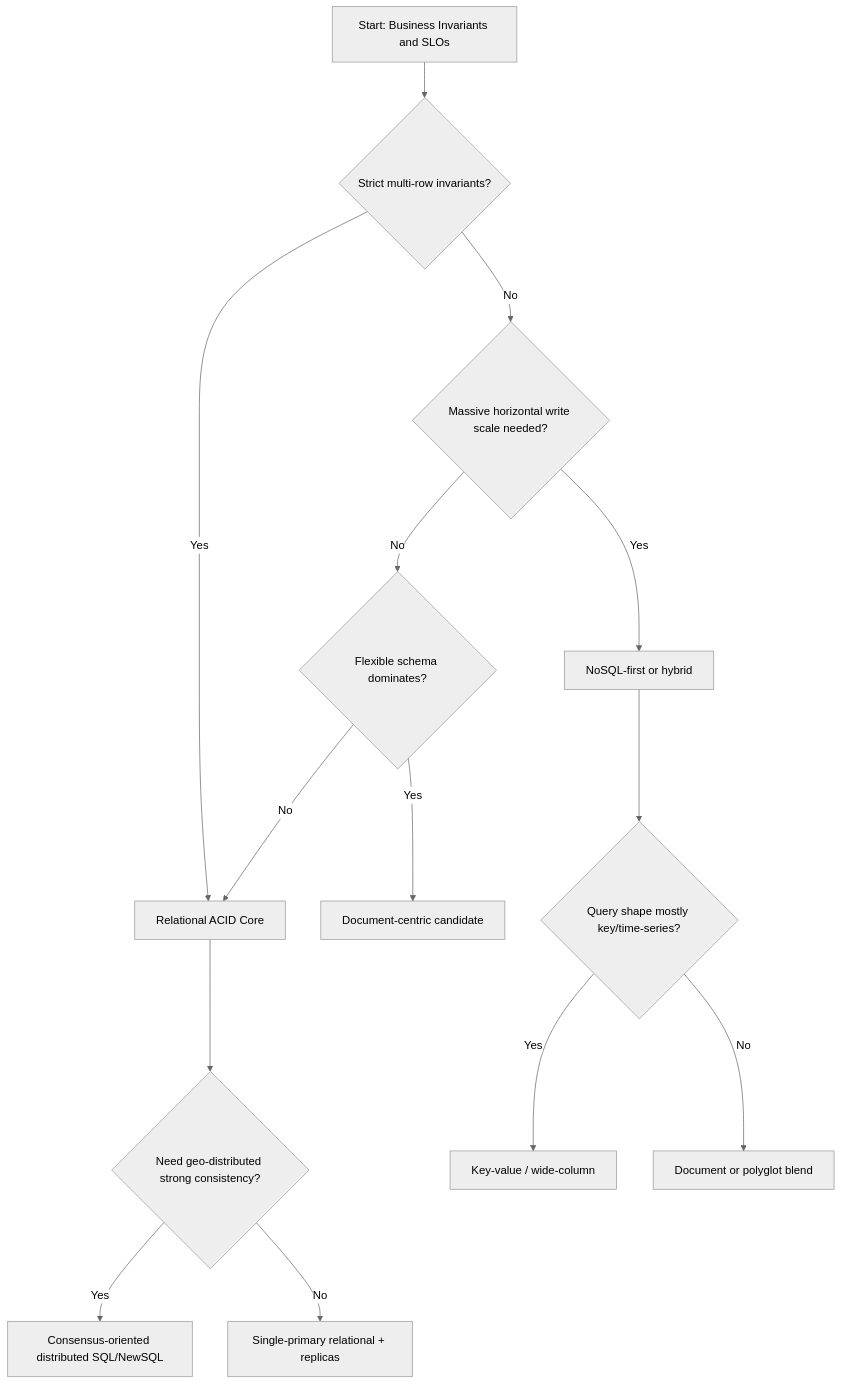
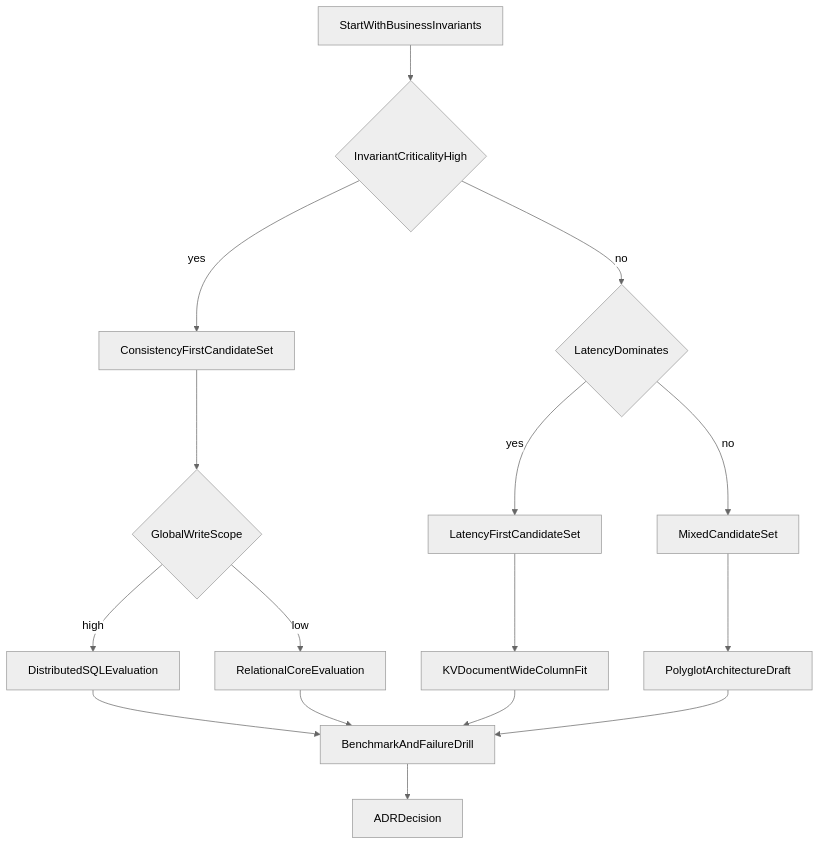
Before and after one commit to GabrielAlmeidaFlores/Senior-Software-Architect: the first of 2 diagrams in database/database-masterclass/04-architectural-decision-framework/01-database-selection-playbook.md, drawn with Mermaid (neutral theme). The commit also changed other lines of this file and 19 other files, not shown here.

````diff
--- a/database/database-masterclass/04-architectural-decision-framework/01-database-selection-playbook.md
+++ b/database/database-masterclass/04-architectural-decision-framework/01-database-selection-playbook.md
@@ -26,16 +29,18 @@
 ```mermaid
 flowchart TD
-    A[Start: Business Invariants and SLOs] --> B{Strict multi-row invariants?}
-    B -- Yes --> C[Relational ACID Core]
-    B -- No --> D{Massive horizontal write scale needed?}
-    D -- Yes --> E[NoSQL-first or hybrid]
-    D -- No --> F{Flexible schema dominates?}
-    F -- Yes --> G[Document-centric candidate]
-    F -- No --> C
-    C --> H{Need geo-distributed strong consistency?}
-    H -- Yes --> I[Consensus-oriented distributed SQL/NewSQL]
-    H -- No --> J[Single-primary relational + replicas]
-    E --> K{Query shape mostly key/time-series?}
-    K -- Yes --> L[Key-value / wide-column]
-    K -- No --> M[Document or polyglot blend]
+    start[StartWithBusinessInvariants] --> gate1{InvariantCriticalityHigh}
+    gate1 -- yes --> consistencyFirst[ConsistencyFirstCandidateSet]
+    gate1 -- no --> gate2{LatencyDominates}
+    gate2 -- yes --> latencyFirst[LatencyFirstCandidateSet]
+    gate2 -- no --> mixedSet[MixedCandidateSet]
+    consistencyFirst --> gate3{GlobalWriteScope}
+    gate3 -- high --> distSql[DistributedSQLEvaluation]
+    gate3 -- low --> relationalCore[RelationalCoreEvaluation]
+    latencyFirst --> modelFit[KVDocumentWideColumnFit]
+    mixedSet --> polyglot[PolyglotArchitectureDraft]
+    distSql --> benchmark[BenchmarkAndFailureDrill]
+    relationalCore --> benchmark
+    modelFit --> benchmark
+    polyglot --> benchmark
+    benchmark --> adr[ADRDecision]
 ```
````
